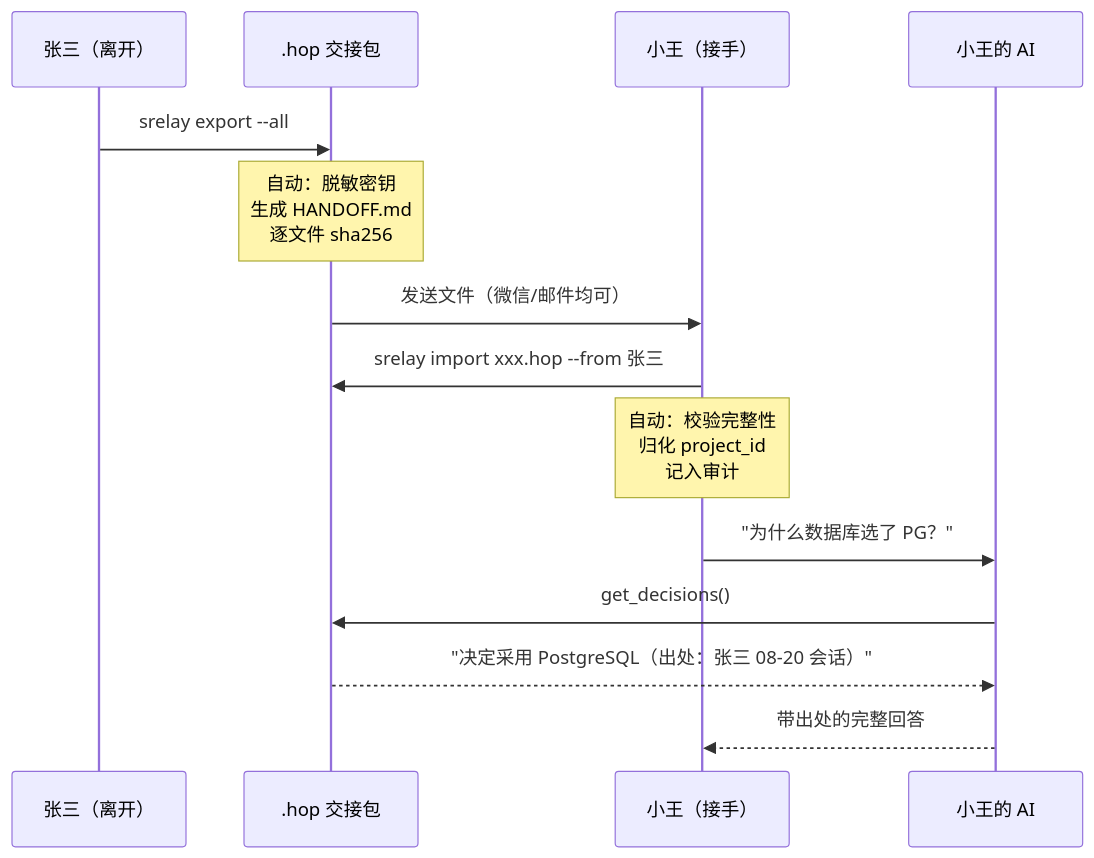
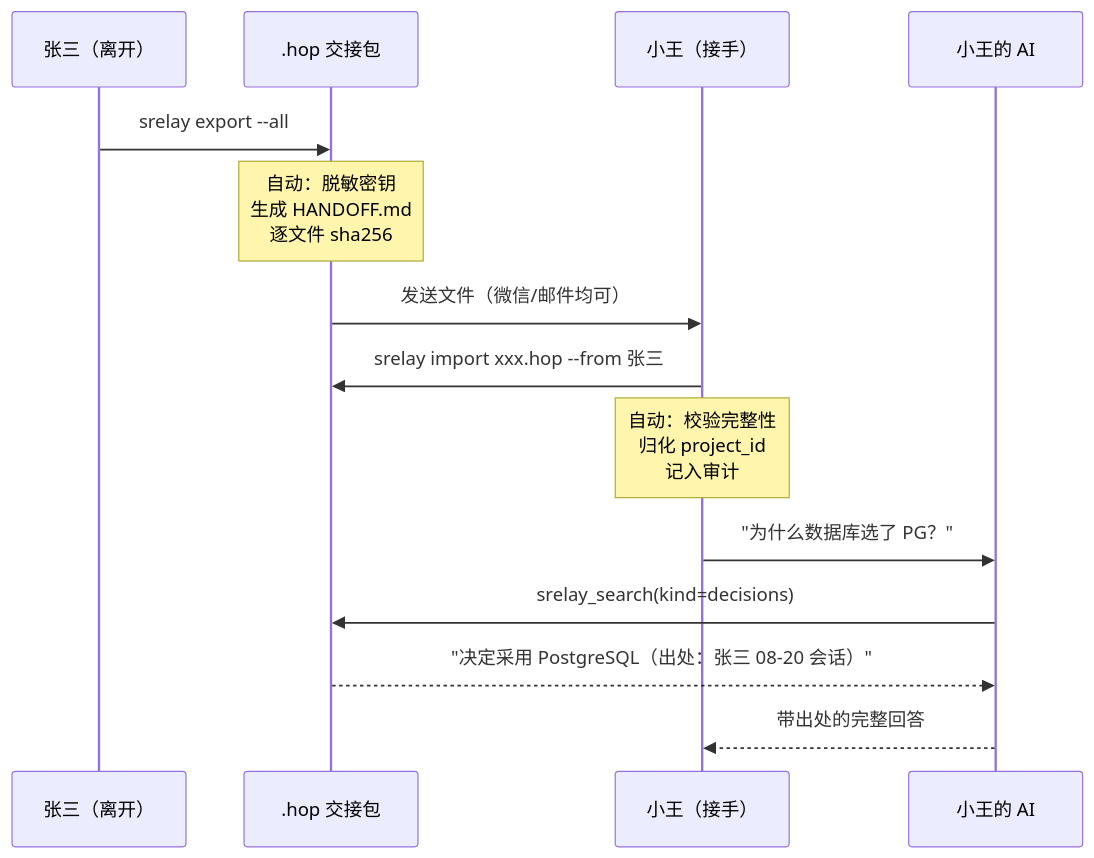
One commit to EwanJasper/SessionRelay changed the third of 4 diagrams in README.md. Above: the diagram before and after it, drawn with Mermaid. The commit also changed other lines of this file and 3 other files, not shown here.

Commit message:
仓库门面整顿:补repository/bugs/homepage/keywords;README徽章16→13工具并指向本fork;新增「本 fork 的差异」章节记录11个静默失效修复;修正工具表里已不存在的旧工具名(search_sessions→srelay_search等)

````diff
--- a/README.md
+++ b/README.md
@@ -234,17 +270,17 @@
 ```mermaid
 sequenceDiagram
     participant 张三 as 张三（离开）
     participant 包 as .hop 交接包
     participant 小王 as 小王（接手）
     participant AI as 小王的 AI
 
     张三->>包: srelay export --all
     Note over 包: 自动：脱敏密钥<br/>生成 HANDOFF.md<br/>逐文件 sha256
     包->>小王: 发送文件（微信/邮件均可）
     小王->>包: srelay import xxx.hop --from 张三
     Note over 小王: 自动：校验完整性<br/>归化 project_id<br/>记入审计
     小王->>AI: "为什么数据库选了 PG？"
-    AI->>包: get_decisions()
+    AI->>包: srelay_search(kind=decisions)
     包-->>AI: "决定采用 PostgreSQL（出处：张三 08-20 会话）"
     AI-->>小王: 带出处的完整回答
 ```
````
